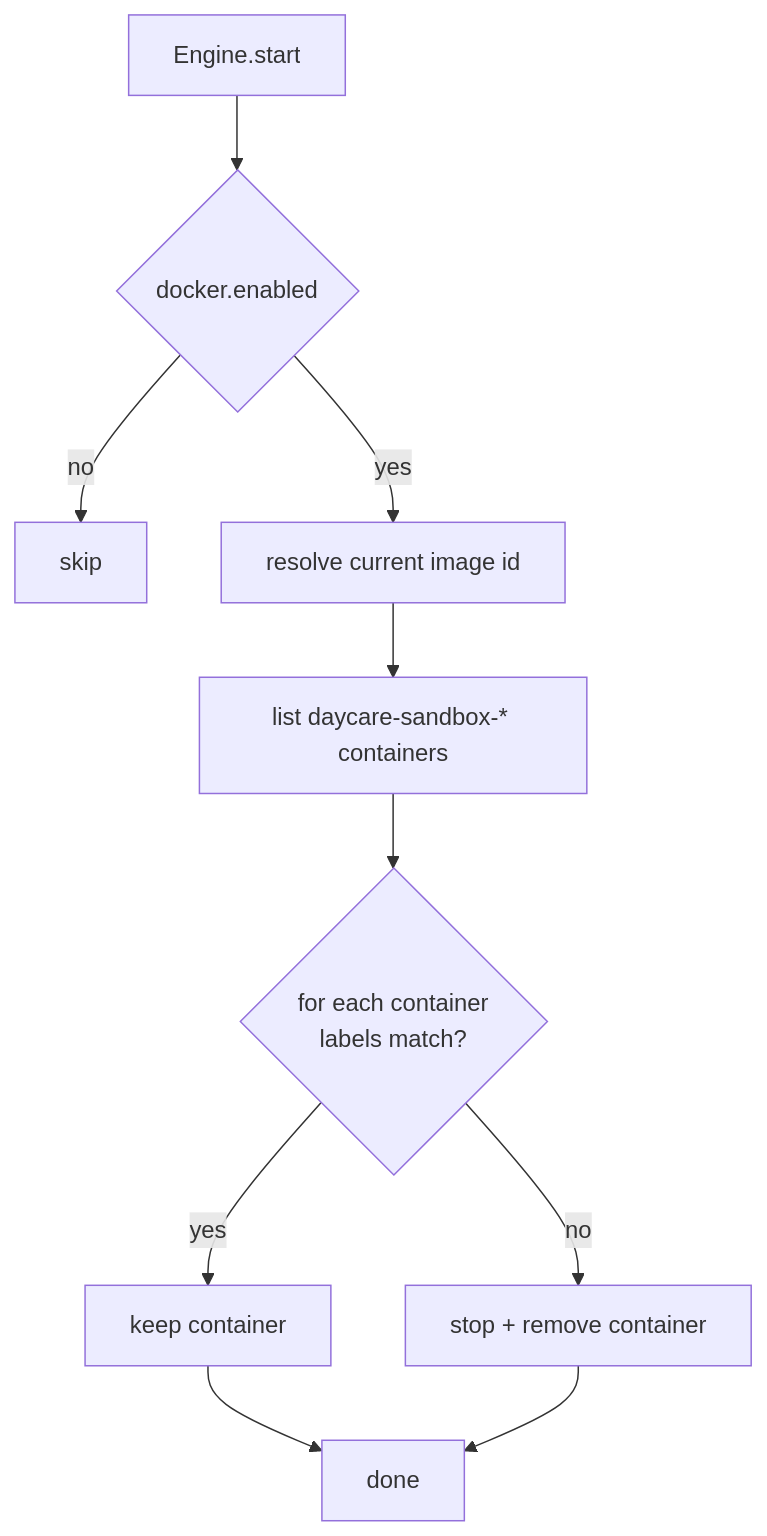
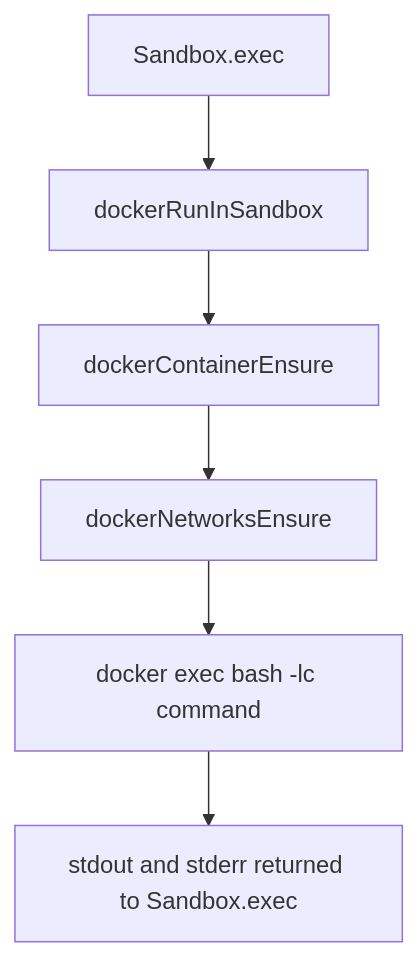
The diagram in packages/daycare/sources/sandbox/docker/README.md (ex3ndr/daycare), drawn with Mermaid before and after one commit. The commit also changed other lines of this file and 75 other files, not shown here.

Commit message:
refactor(daycare): require docker-only sandbox

````diff
--- a/packages/daycare/sources/sandbox/docker/README.md
+++ b/packages/daycare/sources/sandbox/docker/README.md
@@ -137,12 +48,8 @@
 ```mermaid
 flowchart TD
-    A[Engine.start] --> B{docker.enabled}
-    B -- no --> Z[skip]
-    B -- yes --> C[resolve current image id]
-    C --> D[list daycare-sandbox-* containers]
-    D --> E{for each container\nlabels match?}
-    E -- yes --> F[keep container]
-    E -- no --> G[stop + remove container]
-    F --> H[done]
-    G --> H
+    A[Sandbox.exec] --> B[dockerRunInSandbox]
+    B --> C[dockerContainerEnsure]
+    C --> D[dockerNetworksEnsure]
+    D --> E[docker exec bash -lc command]
+    E --> F[stdout and stderr returned to Sandbox.exec]
 ```
````
